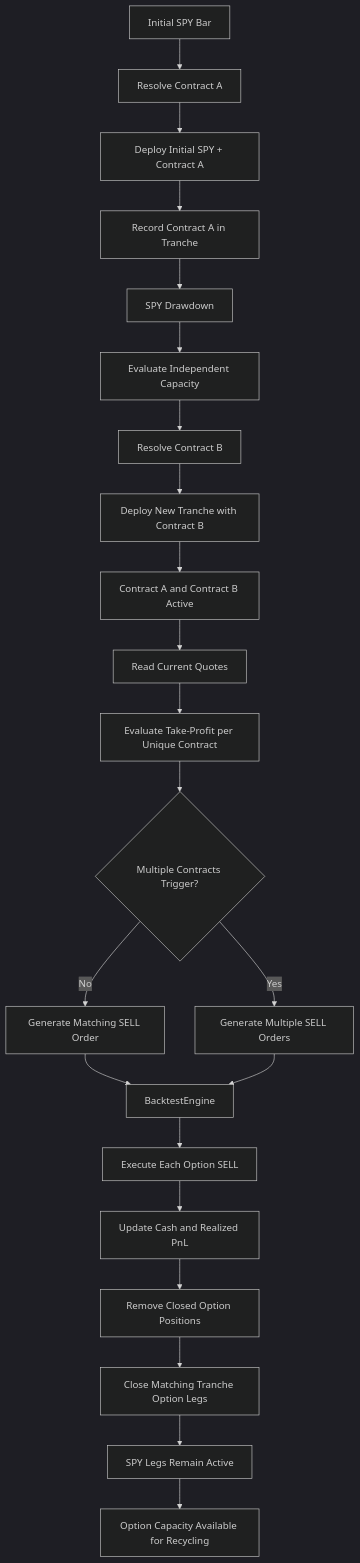
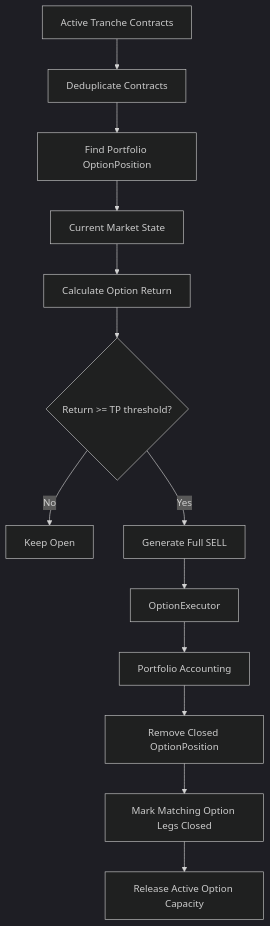
Before and after one commit to Kalvin-avenger/QuantResearch: the sixth of 6 diagrams in docs/ARCHITECTURE.md, drawn with Mermaid (dark theme). The commit also changed other lines of this file and 4 other files, not shown here.

````diff
--- a/docs/ARCHITECTURE.md
+++ b/docs/ARCHITECTURE.md
@@ -327,24 +385,15 @@
 ```mermaid
 flowchart TD
-    A[Initial SPY Bar] --> B[Resolve Contract A]
-    B --> C[Deploy Initial SPY + Contract A]
-    C --> D[Record Contract A in Tranche]
-    D --> E[SPY Drawdown]
-    E --> F[Evaluate Independent Capacity]
-    F --> G[Resolve Contract B]
-    G --> H[Deploy New Tranche with Contract B]
-    H --> I[Contract A and Contract B Active]
-    I --> J[Read Current Quotes]
-    J --> K[Evaluate Take-Profit per Unique Contract]
-    K --> L{Multiple Contracts Trigger?}
-    L -- No --> M[Generate Matching SELL Order]
-    L -- Yes --> N[Generate Multiple SELL Orders]
-    M --> O[BacktestEngine]
-    N --> O
-    O --> P[Execute Each Option SELL]
-    P --> Q[Update Cash and Realized PnL]
-    Q --> R[Remove Closed Option Positions]
-    R --> S[Close Matching Tranche Option Legs]
-    S --> T[SPY Legs Remain Active]
-    T --> U[Option Capacity Available for Recycling]
+    T[Active Tranche Contracts] --> D[Deduplicate Contracts]
+    D --> P[Find Portfolio OptionPosition]
+    P --> Q[Current Market State]
+    Q --> R[Calculate Option Return]
+    R --> TP{Return >= TP threshold?}
+    TP -->|No| K[Keep Open]
+    TP -->|Yes| S[Generate Full SELL]
+    S --> E[OptionExecutor]
+    E --> A[Portfolio Accounting]
+    A --> C[Remove Closed OptionPosition]
+    C --> L[Mark Matching Option Legs Closed]
+    L --> F[Release Active Option Capacity]
 ```
````
